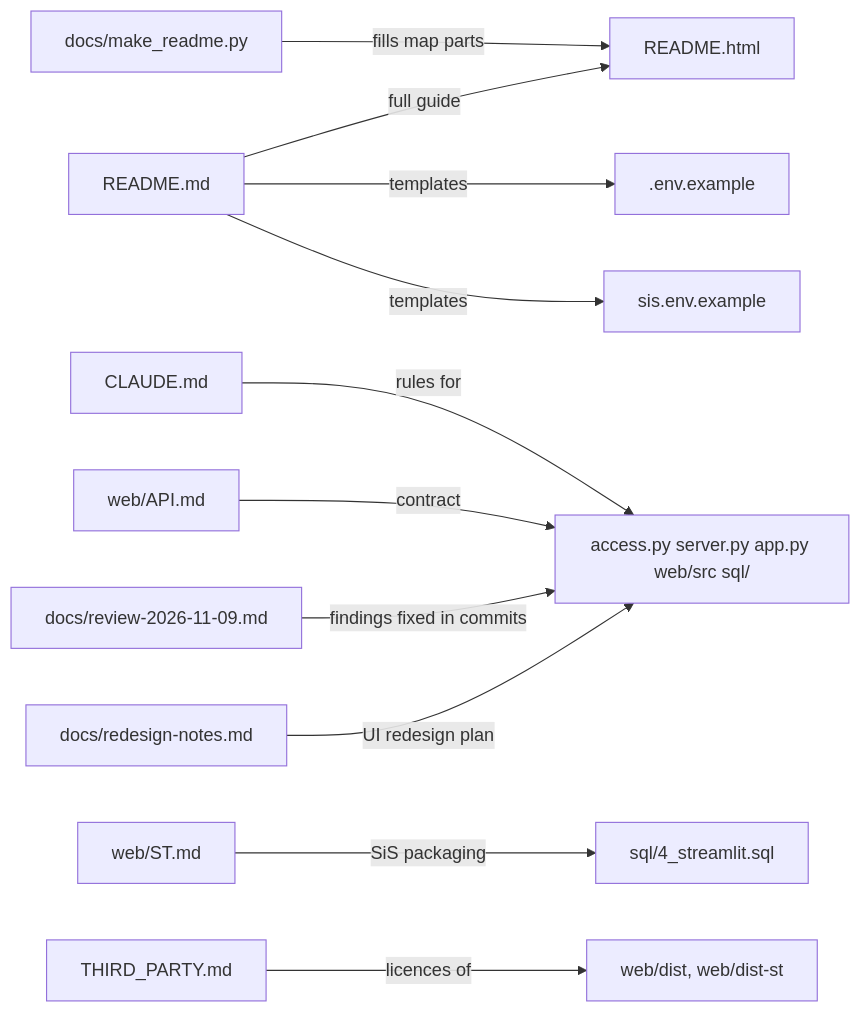
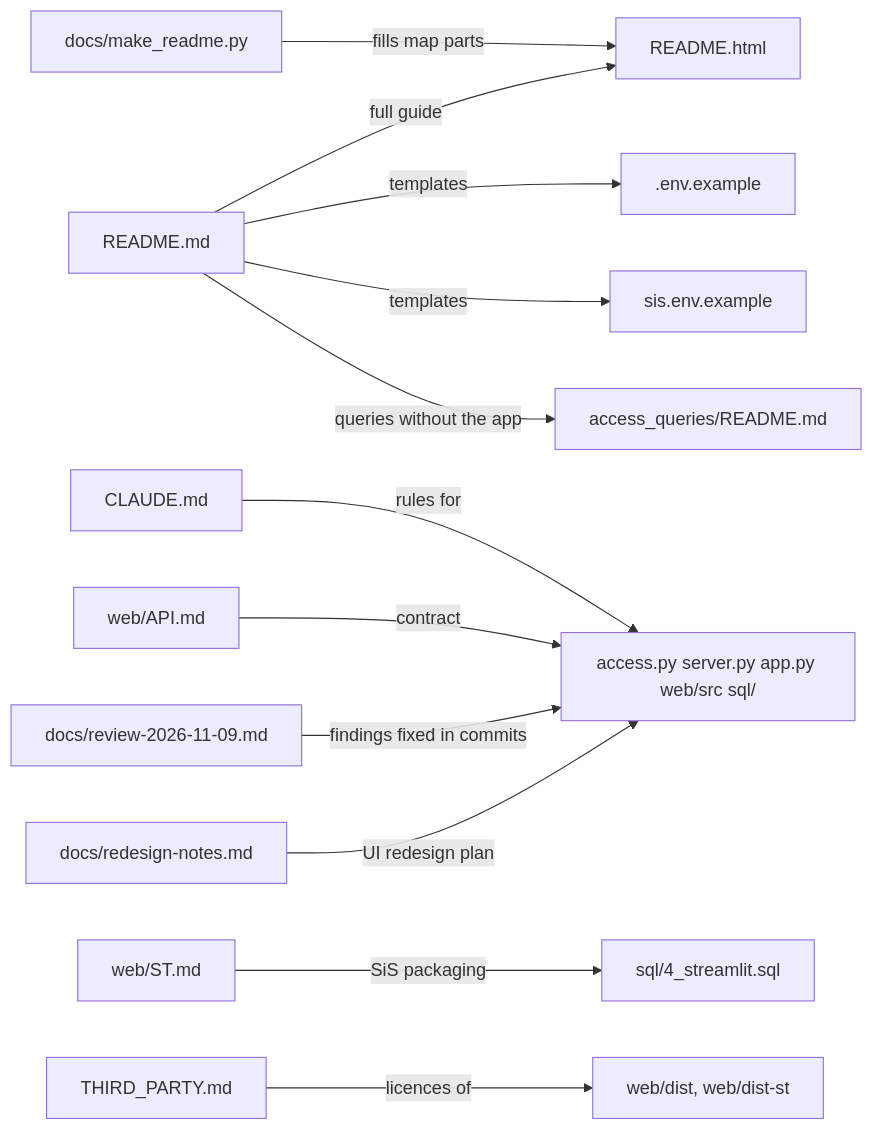
Before and after one commit to darshanmeel/snowflake-access-explorer: the diagram in snowflake-access-explorer-knowledge-graph/documents/README.md, drawn with Mermaid. The commit also changed other lines of this file and 34 other files, not shown here.

First line of the commit message:
access_queries/: standalone access queries over SNOWFLAKE.ACCOUNT_USAGE, optional table functions and a Snowflake notebook

````diff
--- a/snowflake-access-explorer-knowledge-graph/documents/README.md
+++ b/snowflake-access-explorer-knowledge-graph/documents/README.md
@@ -3,13 +3,14 @@
 ```mermaid
 flowchart LR
   RM[README.md] -->|full guide| RH[README.html]
   MK[docs/make_readme.py] -->|fills map parts| RH
   RM -->|templates| ENV[.env.example]
   RM -->|templates| SIS[sis.env.example]
   CM[CLAUDE.md] -->|rules for| CODE[access.py server.py app.py web/src sql/]
   API[web/API.md] -->|contract| CODE
   ST[web/ST.md] -->|SiS packaging| SQL4[sql/4_streamlit.sql]
   REV[docs/review-2026-11-09.md] -->|findings fixed in commits| CODE
   RD[docs/redesign-notes.md] -->|UI redesign plan| CODE
   TP[THIRD_PARTY.md] -->|licences of| DIST[web/dist, web/dist-st]
+  RM -->|queries without the app| AQ[access_queries/README.md]
 ```
````
